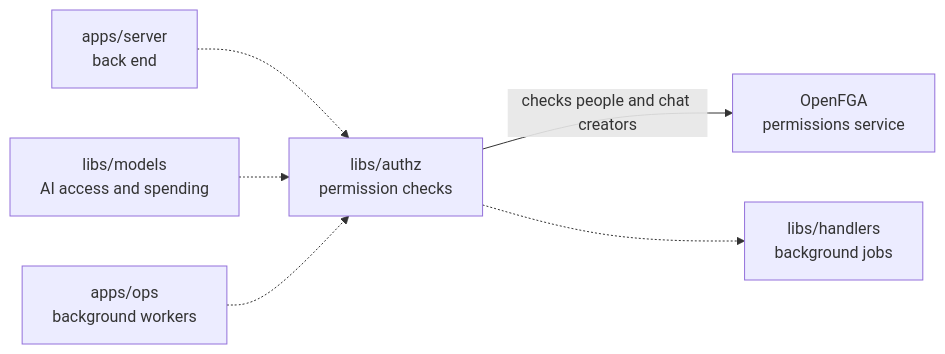
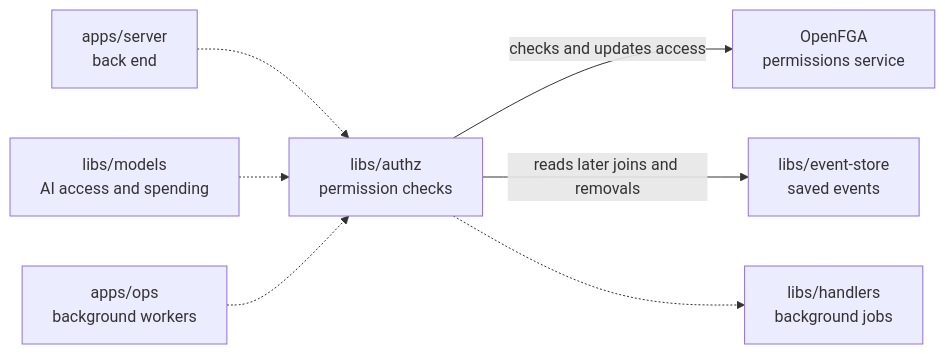
The diagram in libs/authz/README.md (elewa-git/opencrane-new), drawn with Mermaid before and after one commit. The commit also changed other lines of this file and 40 other files, not shown here.

````diff
--- a/libs/authz/README.md
+++ b/libs/authz/README.md
@@ -11,8 +11,9 @@
 ```mermaid
 flowchart LR
   server["apps/server<br/>back end"] -.-> authz["libs/authz<br/>permission checks"]
   models["libs/models<br/>AI access and spending"] -.-> authz
   ops["apps/ops<br/>background workers"] -.-> authz
-  authz -->|checks people and chat creators| fga["OpenFGA<br/>permissions service"]
+  authz -->|checks and updates access| fga["OpenFGA<br/>permissions service"]
+  authz -->|reads later joins and removals| store["libs/event-store<br/>saved events"]
   authz -.-> handlers["libs/handlers<br/>background jobs"]
 ```
````
